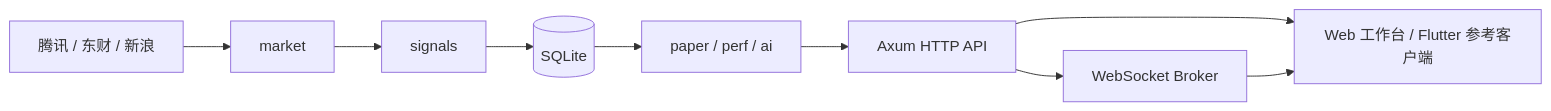
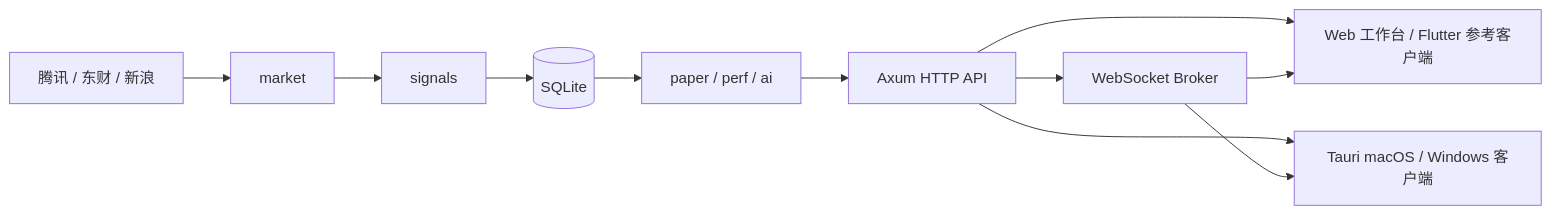
The diagram in docs/ARCHITECTURE.md (helloAInative/mojin), drawn with Mermaid before and after one commit. The commit also changed other lines of this file and 36 other files, not shown here.

Commit message:
Add macOS and Windows desktop client

````diff
--- a/docs/ARCHITECTURE.md
+++ b/docs/ARCHITECTURE.md
@@ -5,11 +5,13 @@
 ```mermaid
 flowchart LR
     Q[腾讯 / 东财 / 新浪] --> M[market]
     M --> S[signals]
     S --> DB[(SQLite)]
     DB --> P[paper / perf / ai]
     P --> API[Axum HTTP API]
     API --> W[WebSocket Broker]
     API --> UI[Web 工作台 / Flutter 参考客户端]
+    API --> Desktop[Tauri macOS / Windows 客户端]
     W --> UI
+    W --> Desktop
 ```
````
